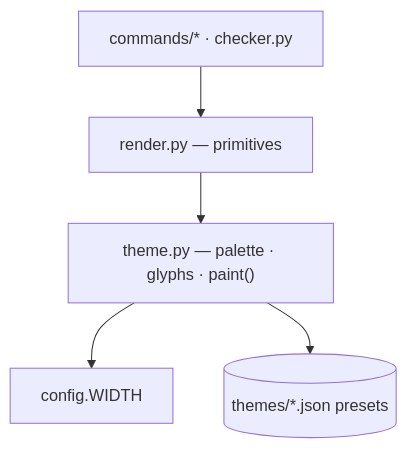
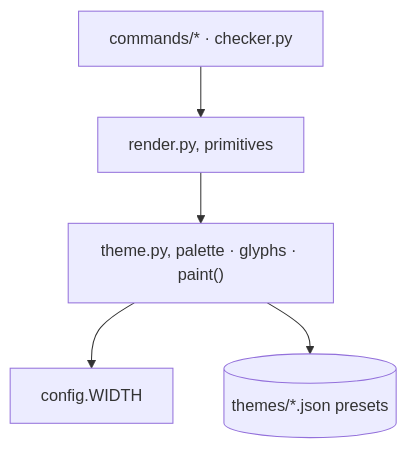
Before and after one commit to N041M/PyQuest: the first of 4 diagrams in docs/architecture/visuals.md, drawn with Mermaid. The commit also changed other lines of this file and 10 other files, not shown here.

````diff
--- a/docs/architecture/visuals.md
+++ b/docs/architecture/visuals.md
@@ -8,7 +8,7 @@
 ```mermaid
 flowchart TB
     cmds["commands/* · checker.py"] --> render
-    render["render.py — primitives"] --> theme
-    theme["theme.py — palette · glyphs · paint()"] --> config["config.WIDTH"]
+    render["render.py, primitives"] --> theme
+    theme["theme.py, palette · glyphs · paint()"] --> config["config.WIDTH"]
     theme --> themesdir[("themes/*.json presets")]
 ```
````
